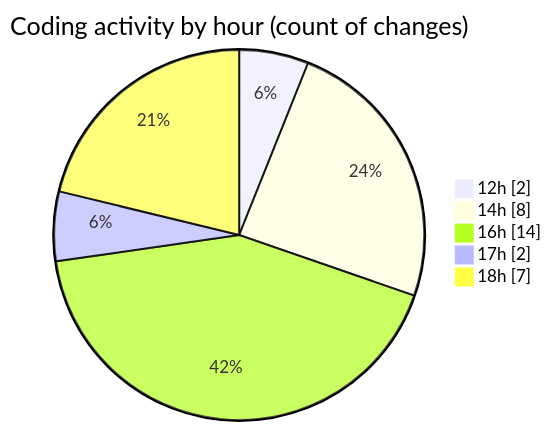
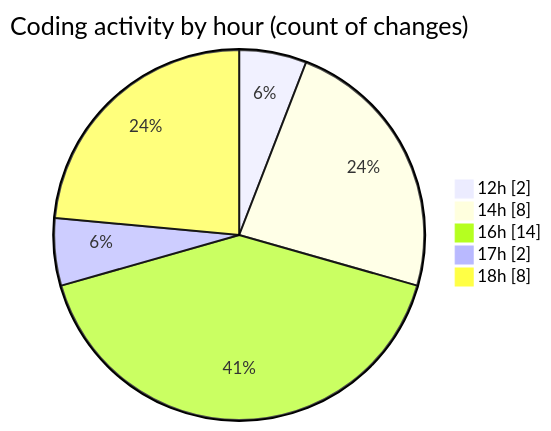
The second of 2 diagrams in 2026-04-07/airfeed-analytics-dashboard/README.md (nxtqubesakshisongat/code-tracking), drawn with Mermaid before and after one commit. The commit also changed other lines of this file and 1 other file, not shown here.

````diff
--- a/2026-04-07/airfeed-analytics-dashboard/README.md
+++ b/2026-04-07/airfeed-analytics-dashboard/README.md
@@ -37,9 +37,9 @@
 ```mermaid
 pie showData
 title Coding activity by hour (count of changes)
 "12h" : 2
 "14h" : 8
 "16h" : 14
 "17h" : 2
-"18h" : 7
+"18h" : 8
 ```
````
